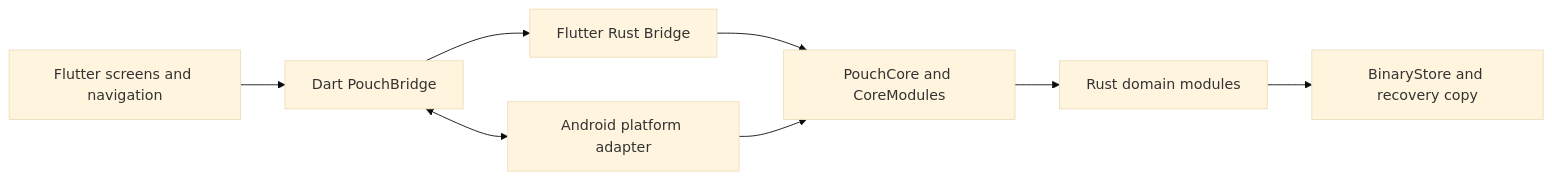
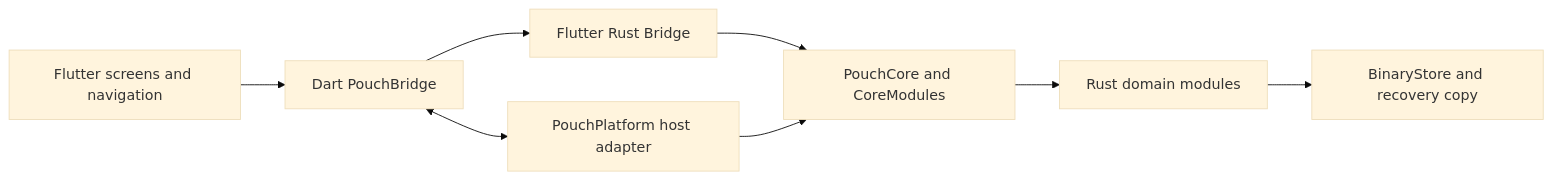
Before and after one commit to AlighasemiQWxp/Pouch: the diagram in ARCHITECTURE.md, drawn with Mermaid (base theme). The commit also changed other lines of this file and 88 other files, not shown here.

````diff
--- a/ARCHITECTURE.md
+++ b/ARCHITECTURE.md
@@ -5,10 +5,10 @@
 ```mermaid
 flowchart LR
     UI["Flutter screens and navigation"] --> Bridge["Dart PouchBridge"]
-    Bridge <--> Host["Android platform adapter"]
+    Bridge <--> Host["PouchPlatform host adapter"]
     Bridge --> FRB["Flutter Rust Bridge"]
     FRB --> Core["PouchCore and CoreModules"]
     Core --> Domain["Rust domain modules"]
     Domain --> Store["BinaryStore and recovery copy"]
     Host --> Core
 ```
````
